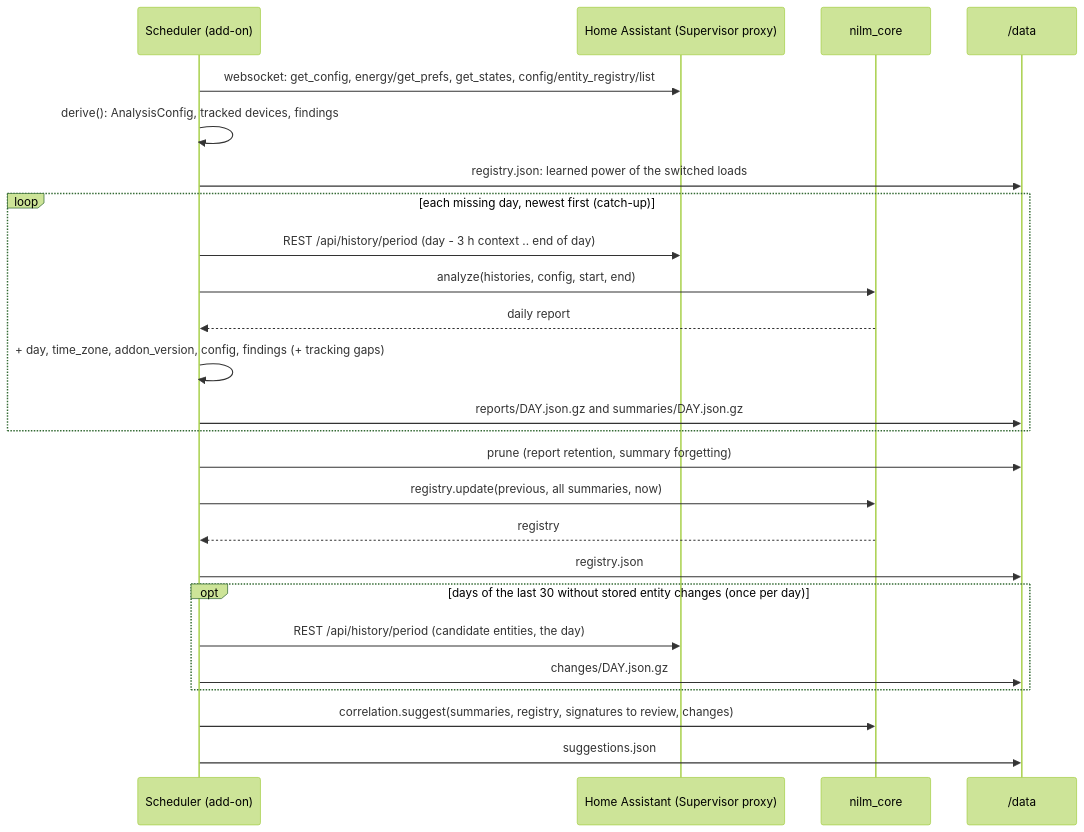
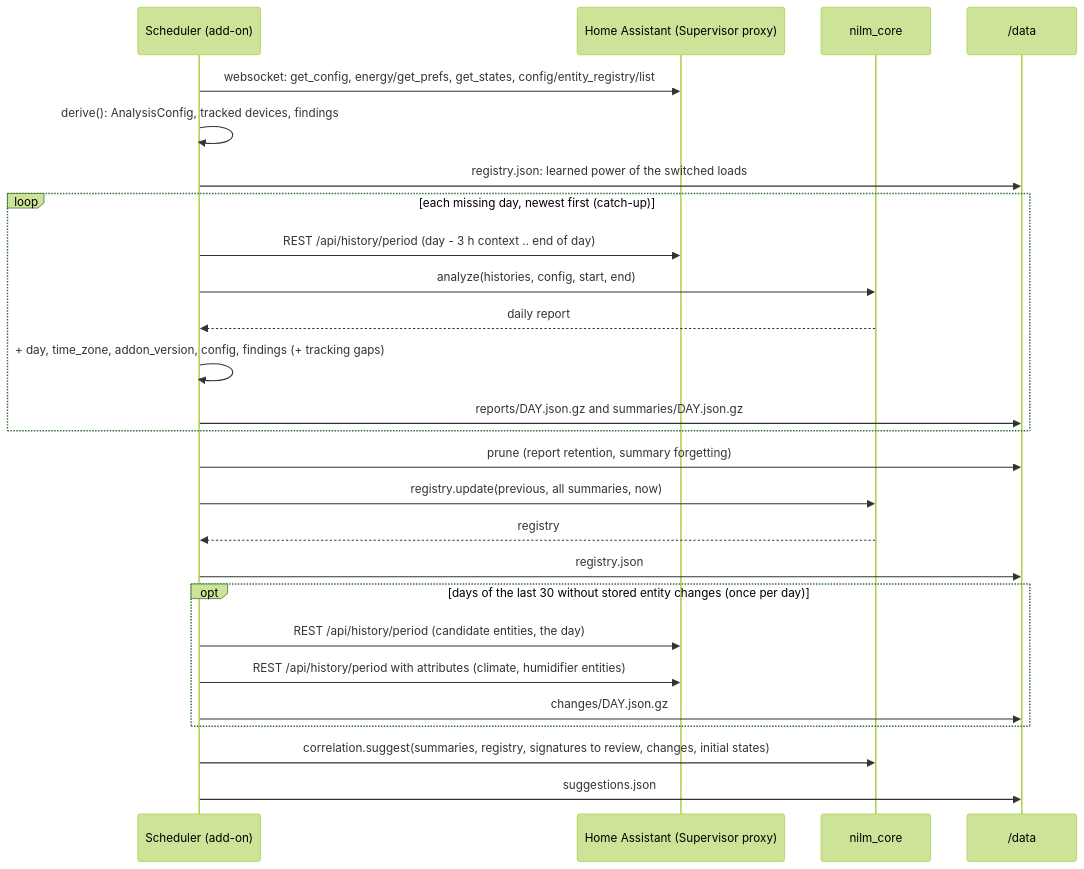
The second of 5 diagrams in docs/design.md (Aarklendoia/ha-energy-mapper), drawn with Mermaid (forest theme) before and after one commit. The commit also changed other lines of this file and 23 other files, not shown here.

First line of the commit message:
Compare signatures with entity attributes, containment scoring, merge into an appliance (#43) (#46)

````diff
--- a/docs/design.md
+++ b/docs/design.md
@@ -100,27 +100,28 @@
 ```mermaid
 sequenceDiagram
   participant S as Scheduler (add-on)
   participant HA as Home Assistant (Supervisor proxy)
   participant E as nilm_core
   participant D as /data
   S->>HA: websocket: get_config, energy/get_prefs, get_states, config/entity_registry/list
   S->>S: derive(): AnalysisConfig, tracked devices, findings
   S->>D: registry.json: learned power of the switched loads
   loop each missing day, newest first (catch-up)
     S->>HA: REST /api/history/period (day - 3 h context .. end of day)
     S->>E: analyze(histories, config, start, end)
     E-->>S: daily report
     S->>S: + day, time_zone, addon_version, config, findings (+ tracking gaps)
     S->>D: reports/DAY.json.gz and summaries/DAY.json.gz
   end
   S->>D: prune (report retention, summary forgetting)
   S->>E: registry.update(previous, all summaries, now)
   E-->>S: registry
   S->>D: registry.json
   opt days of the last 30 without stored entity changes (once per day)
     S->>HA: REST /api/history/period (candidate entities, the day)
+    S->>HA: REST /api/history/period with attributes (climate, humidifier entities)
     S->>D: changes/DAY.json.gz
   end
-  S->>E: correlation.suggest(summaries, registry, signatures to review, changes)
+  S->>E: correlation.suggest(summaries, registry, signatures to review, changes, initial states)
   S->>D: suggestions.json
 ```
````
